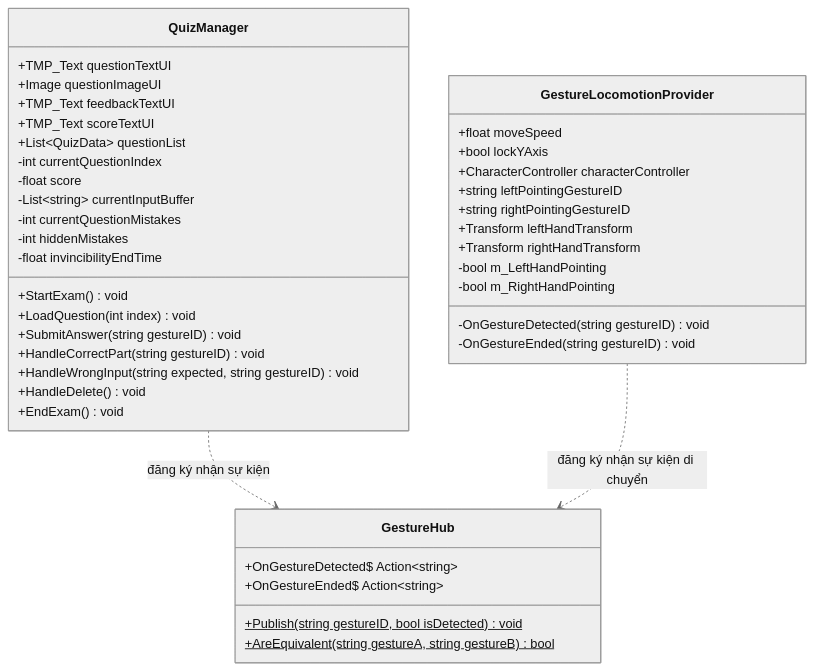
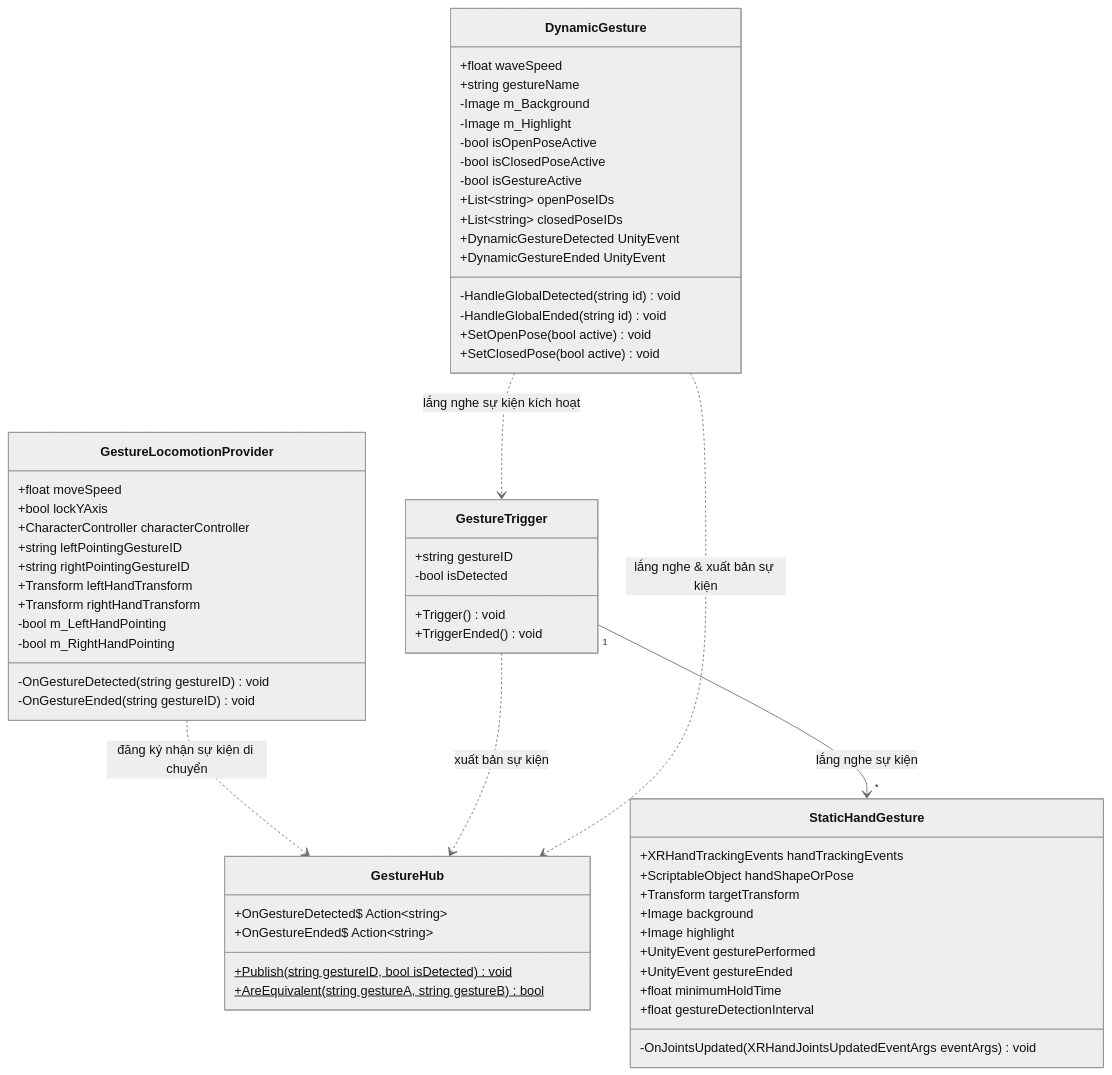
Before and after one commit to MinhTrinh04/ASL: the fifth of 10 diagrams in docs/DATN/12-Chương_5_Các_giải_pháp_và_đóng_góp_nổi_bật.md, drawn with Mermaid. The commit also changed other lines of this file, not shown here.

Commit message:
update dynamic gesture

````diff
--- a/docs/DATN/12-Chương_5_Các_giải_pháp_và_đóng_góp_nổi_bật.md
+++ b/docs/DATN/12-Chương_5_Các_giải_pháp_và_đóng_góp_nổi_bật.md
@@ -173,48 +204,68 @@
 ```mermaid
 %%{init: {'theme': 'neutral'}}%%
 classDiagram
-    class QuizManager {
-        +TMP_Text questionTextUI
-        +Image questionImageUI
-        +TMP_Text feedbackTextUI
-        +TMP_Text scoreTextUI
-        +List~QuizData~ questionList
-        -int currentQuestionIndex
-        -float score
-        -List~string~ currentInputBuffer
-        -int currentQuestionMistakes
-        -int hiddenMistakes
-        -float invincibilityEndTime
-        +StartExam() void
-        +LoadQuestion(int index) void
-        +SubmitAnswer(string gestureID) void
-        +HandleCorrectPart(string gestureID) void
-        +HandleWrongInput(string expected, string gestureID) void
-        +HandleDelete() void
-        +EndExam() void
-    }
-
     class GestureHub {
         +OnGestureDetected$ Action~string~
         +OnGestureEnded$ Action~string~
         +Publish(string gestureID, bool isDetected)$ void
         +AreEquivalent(string gestureA, string gestureB)$ bool
     }
 
     class GestureLocomotionProvider {
         +float moveSpeed
         +bool lockYAxis
         +CharacterController characterController
         +string leftPointingGestureID
         +string rightPointingGestureID
         +Transform leftHandTransform
         +Transform rightHandTransform
         -bool m_LeftHandPointing
         -bool m_RightHandPointing
         -OnGestureDetected(string gestureID) void
         -OnGestureEnded(string gestureID) void
     }
 
-    QuizManager ..> GestureHub : đăng ký nhận sự kiện
+    class StaticHandGesture {
+        +XRHandTrackingEvents handTrackingEvents
+        +ScriptableObject handShapeOrPose
+        +Transform targetTransform
+        +Image background
+        +Image highlight
+        +UnityEvent gesturePerformed
+        +UnityEvent gestureEnded
+        +float minimumHoldTime
+        +float gestureDetectionInterval
+        -OnJointsUpdated(XRHandJointsUpdatedEventArgs eventArgs) void
+    }
+
+    class GestureTrigger {
+        +string gestureID
+        -bool isDetected
+        +Trigger() void
+        +TriggerEnded() void
+    }
+
+    class DynamicGesture {
+        +float waveSpeed
+        +string gestureName
+        -Image m_Background
+        -Image m_Highlight
+        -bool isOpenPoseActive
+        -bool isClosedPoseActive
+        -bool isGestureActive
+        +List~string~ openPoseIDs
+        +List~string~ closedPoseIDs
+        +DynamicGestureDetected UnityEvent
+        +DynamicGestureEnded UnityEvent
+        -HandleGlobalDetected(string id) void
+        -HandleGlobalEnded(string id) void
+        +SetOpenPose(bool active) void
+        +SetClosedPose(bool active) void
+    }
+
     GestureLocomotionProvider ..> GestureHub : đăng ký nhận sự kiện di chuyển
+    GestureTrigger "1" --> "*" StaticHandGesture : lắng nghe sự kiện
+    GestureTrigger ..> GestureHub : xuất bản sự kiện
+    DynamicGesture ..> GestureHub : lắng nghe & xuất bản sự kiện
+    DynamicGesture ..> GestureTrigger : lắng nghe sự kiện kích hoạt
 ```
````
